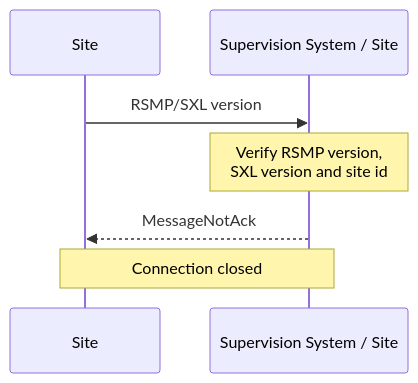
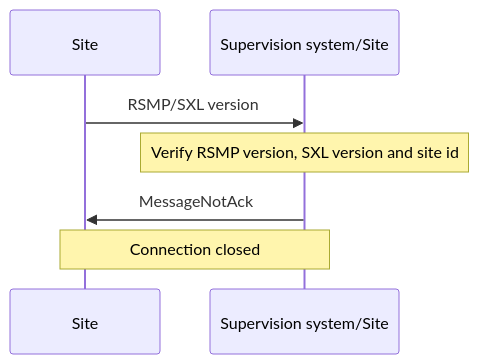
Before and after one commit to rsmp-nordic/rsmp_core: the third of 3 diagrams in pages/applicability/transport_of_data.md, drawn with Mermaid. The commit also changed other lines of this file and 25 other files, not shown here.

````diff
--- a/pages/applicability/transport_of_data.md
+++ b/pages/applicability/transport_of_data.md
@@ -263,9 +192,9 @@
 ```mermaid
 sequenceDiagram
     participant A as Site
-    participant B as Supervision System / Site
+    participant B as Supervision system/Site
     A->>B: RSMP/SXL version
-    Note over B: Verify RSMP version,<br/>SXL version and site id
-    B-->>A: MessageNotAck
+    Note over B: Verify RSMP version, SXL version and site id
+    B->>A: MessageNotAck
     Note over A,B: Connection closed
 ```
````
